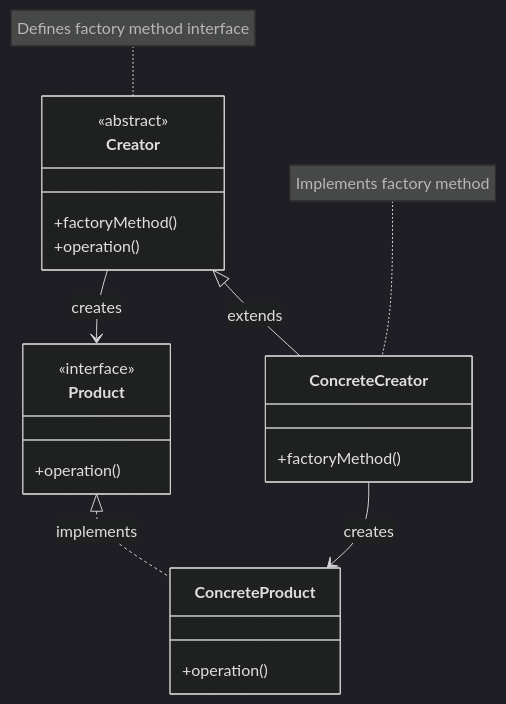
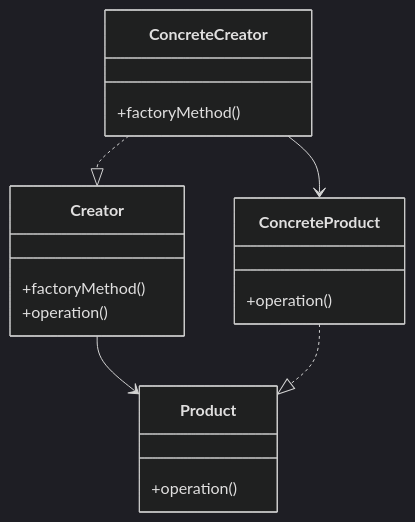
One commit to fanly/DesignPattern changed the first of 5 diagrams in resources/design-patterns/laravel/creational/factory_method_en.md. Above: the diagram before and after it, drawn with Mermaid (dark theme). The commit also changed other lines of this file and 11 other files, not shown here.

````diff
--- a/resources/design-patterns/laravel/creational/factory_method_en.md
+++ b/resources/design-patterns/laravel/creational/factory_method_en.md
@@ -11,29 +22,24 @@
 ```mermaid
 classDiagram
     class Creator {
-        <<abstract>>
         +factoryMethod()
         +operation()
     }
     
     class ConcreteCreator {
         +factoryMethod()
     }
     
     class Product {
-        <<interface>>
         +operation()
     }
     
     class ConcreteProduct {
         +operation()
     }
     
-    Creator <|-- ConcreteCreator : extends
-    Product <|.. ConcreteProduct : implements
-    Creator --> Product : creates
-    ConcreteCreator --> ConcreteProduct : creates
-    
-    note for Creator "Defines factory method interface"
-    note for ConcreteCreator "Implements factory method"
+    Creator --> Product
+    ConcreteCreator ..|> Creator
+    ConcreteProduct ..|> Product
+    ConcreteCreator --> ConcreteProduct
 ```
````
